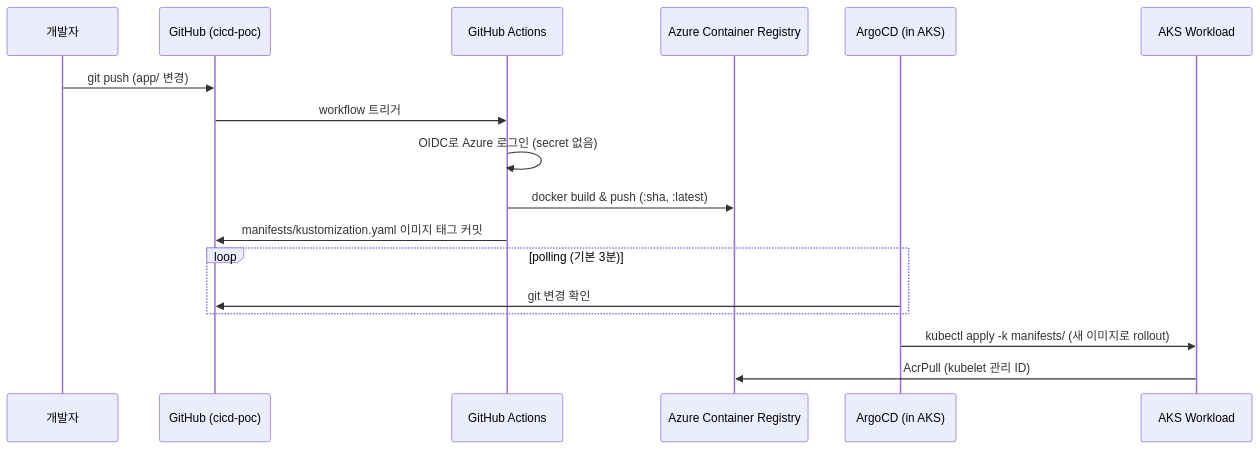
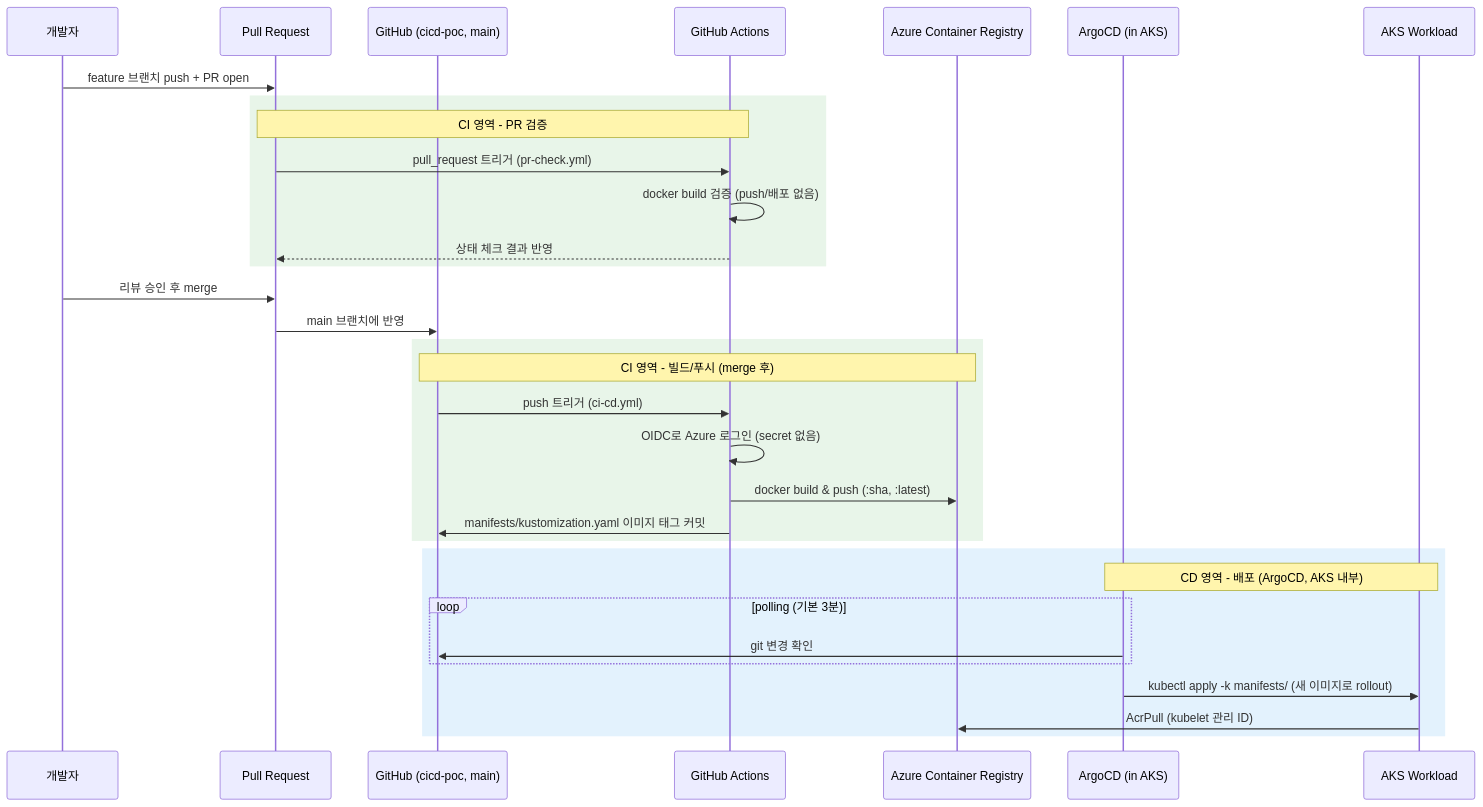
Before and after one commit to danny-hub250/cicd-poc: the second of 2 diagrams in README.md, drawn with Mermaid. The commit also changed other lines of this file and 1 other file, not shown here.

First line of the commit message:
docs: add PR stage and CI/CD region labels to architecture diagrams

````diff
--- a/README.md
+++ b/README.md
@@ -258,20 +277,39 @@
 ```mermaid
 sequenceDiagram
     participant Dev as 개발자
-    participant GH as GitHub (cicd-poc)
+    participant PR as Pull Request
+    participant GH as GitHub (cicd-poc, main)
     participant GHA as GitHub Actions
     participant ACR as Azure Container Registry
     participant Argo as ArgoCD (in AKS)
     participant K8s as AKS Workload
 
-    Dev->>GH: git push (app/ 변경)
-    GH->>GHA: workflow 트리거
-    GHA->>GHA: OIDC로 Azure 로그인 (secret 없음)
-    GHA->>ACR: docker build & push (:sha, :latest)
-    GHA->>GH: manifests/kustomization.yaml 이미지 태그 커밋
-    loop polling (기본 3분)
-        Argo->>GH: git 변경 확인
+    Dev->>PR: feature 브랜치 push + PR open
+
+    rect rgb(232, 245, 233)
+        note over PR,GHA: CI 영역 - PR 검증
+        PR->>GHA: pull_request 트리거 (pr-check.yml)
+        GHA->>GHA: docker build 검증 (push/배포 없음)
+        GHA-->>PR: 상태 체크 결과 반영
     end
-    Argo->>K8s: kubectl apply -k manifests/ (새 이미지로 rollout)
-    K8s->>ACR: AcrPull (kubelet 관리 ID)
+
+    Dev->>PR: 리뷰 승인 후 merge
+    PR->>GH: main 브랜치에 반영
+
+    rect rgb(232, 245, 233)
+        note over GH,ACR: CI 영역 - 빌드/푸시 (merge 후)
+        GH->>GHA: push 트리거 (ci-cd.yml)
+        GHA->>GHA: OIDC로 Azure 로그인 (secret 없음)
+        GHA->>ACR: docker build & push (:sha, :latest)
+        GHA->>GH: manifests/kustomization.yaml 이미지 태그 커밋
+    end
+
+    rect rgb(227, 242, 253)
+        note over Argo,K8s: CD 영역 - 배포 (ArgoCD, AKS 내부)
+        loop polling (기본 3분)
+            Argo->>GH: git 변경 확인
+        end
+        Argo->>K8s: kubectl apply -k manifests/ (새 이미지로 rollout)
+        K8s->>ACR: AcrPull (kubelet 관리 ID)
+    end
 ```
````
